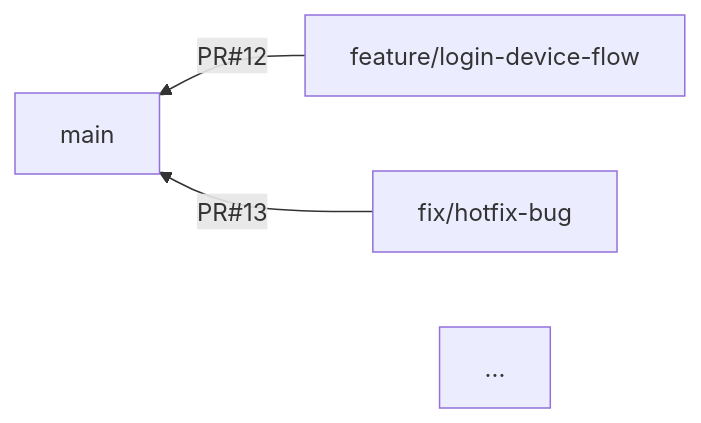
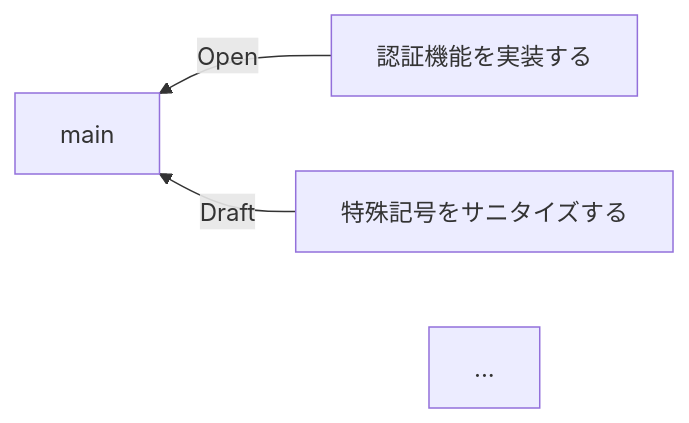
One commit to haruo2177/PullRequestGraph changed the diagram in README.md. Above: the diagram before and after it, drawn with Mermaid.

Commit message:
docs: README.md更新

````diff
--- a/README.md
+++ b/README.md
@@ -36,6 +36,6 @@
 ```mermaid
 graph RL
-  feature/login-device-flow --> |PR#12| main
-  fix/hotfix-bug            --> |PR#13| main
+  認証機能を実装する --> |Open| main
+  特殊記号をサニタイズする --> |Draft| main
   ...
 ```
````
